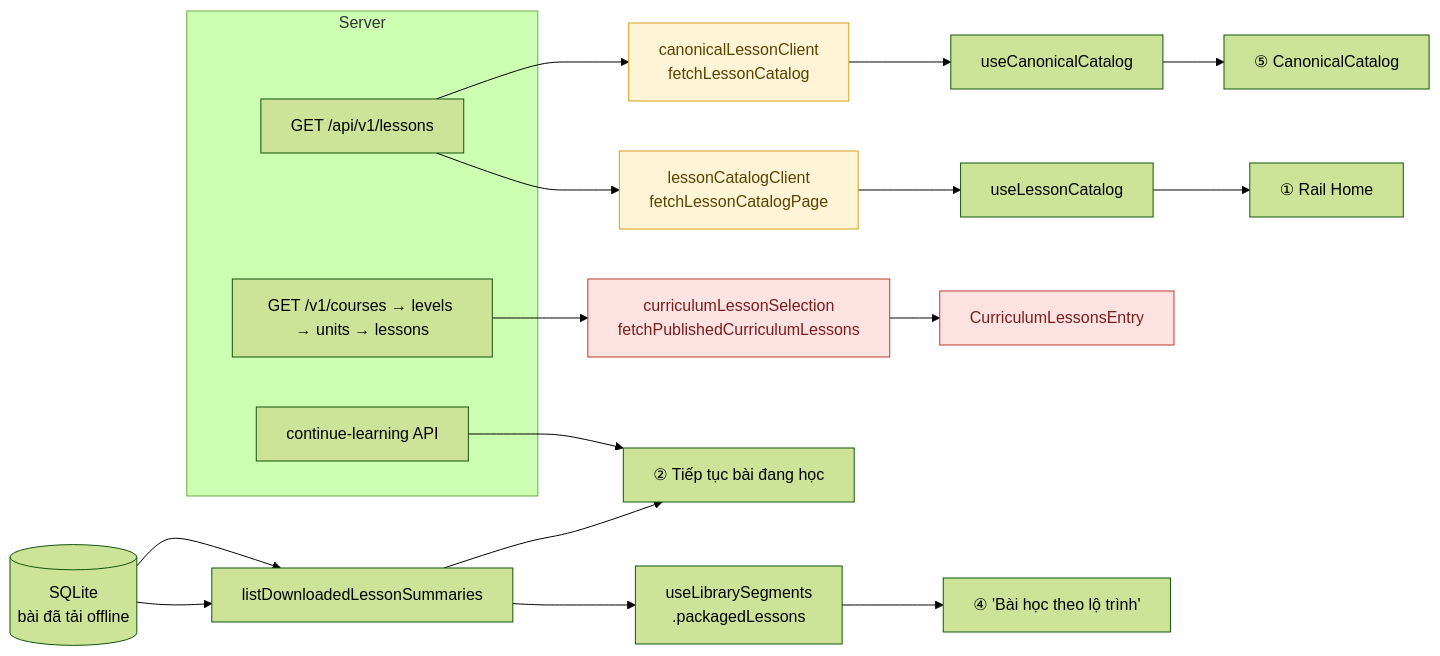
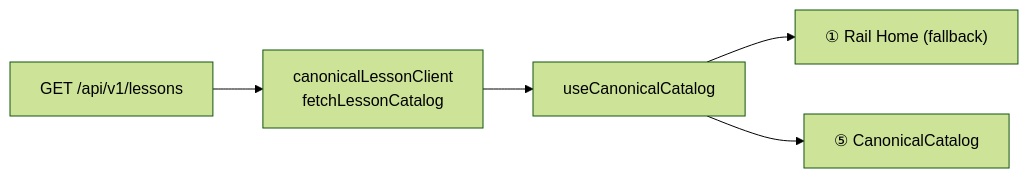
One commit to hnhatr/LingoBites-App changed the second of 2 diagrams in docs/architecture/lesson-entry-points.md. Above: the diagram before and after it, drawn with Mermaid (forest theme). The commit also changed other lines of this file and 26 other files, not shown here.

Commit message:
LING-179: Chuẩn hoá lối vào bài học và danh sách bài học

````diff
--- a/docs/architecture/lesson-entry-points.md
+++ b/docs/architecture/lesson-entry-points.md
@@ -144,23 +99,11 @@
 ```mermaid
 flowchart LR
-  classDef dup fill:#fff4d6,stroke:#d4a017,color:#5a4400
-  classDef dead fill:#fde2e2,stroke:#c0392b,color:#7b1d1d
+  API1["GET /api/v1/lessons"]
+  C2["canonicalLessonClient<br/>fetchLessonCatalog"]
+  HK2["useCanonicalCatalog"]
+  R1["① Rail Home (fallback)"]
+  R5["⑤ CanonicalCatalog"]
 
-  subgraph Server
-    API1["GET /api/v1/lessons"]
-    API2["GET /v1/courses → levels → units → lessons"]
-    API3["continue-learning API"]
-  end
-  DB[("SQLite<br/>bài đã tải offline")]
-
-  C1["lessonCatalogClient<br/>fetchLessonCatalogPage"]:::dup
-  C2["canonicalLessonClient<br/>fetchLessonCatalog"]:::dup
-  C3["curriculumLessonSelection<br/>fetchPublishedCurriculumLessons"]:::dead
-
-  API1 --> C1 --> HK1["useLessonCatalog"] --> R1["① Rail Home"]
-  API1 --> C2 --> HK2["useCanonicalCatalog"] --> R5["⑤ CanonicalCatalog"]
-  API2 --> C3 --> R0["CurriculumLessonsEntry"]:::dead
-  DB --> DL["listDownloadedLessonSummaries"] --> HK3["useLibrarySegments<br/>.packagedLessons"] --> R4["④ 'Bài học theo lộ trình'"]
-  DB --> DL --> R2["② Tiếp tục bài đang học"]
-  API3 --> R2
+  API1 --> C2 --> HK2 --> R1
+  HK2 --> R5
 ```
````
